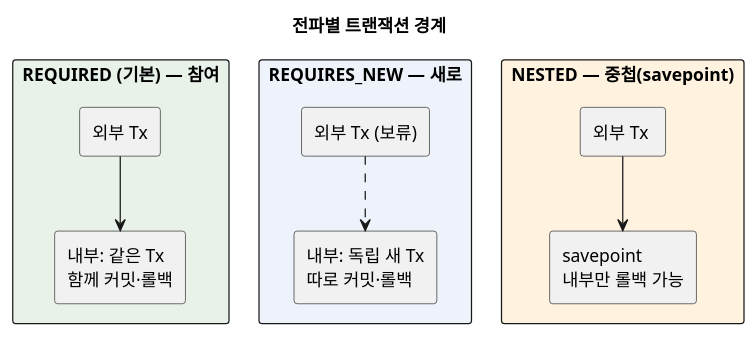
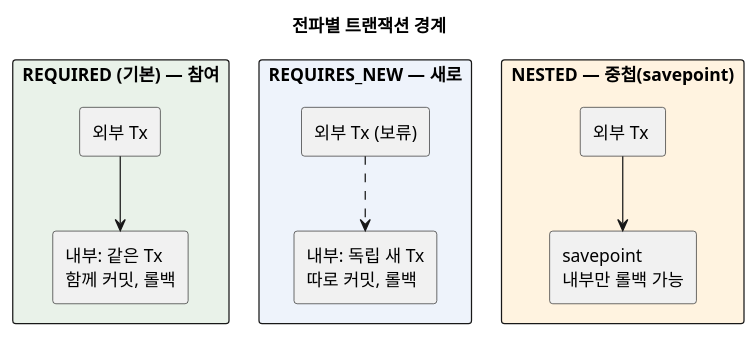
Before and after one commit to johnycho/johny-dev: the first of 3 diagrams in blog/2026-09-23-spring-transaction-propagation.mdx, drawn with PlantUML. The commit also changed other lines of this file and 188 other files, not shown here.

````diff
--- a/blog/2026-09-23-spring-transaction-propagation.mdx
+++ b/blog/2026-09-23-spring-transaction-propagation.mdx
@@ -24,20 +24,20 @@
 ```plantuml
 @startuml
 title 전파별 트랜잭션 경계
 rectangle "REQUIRED (기본) — 참여" #E9F2E9 {
   rectangle "외부 Tx" as r1
-  rectangle "내부: 같은 Tx\n함께 커밋·롤백" as r2
+  rectangle "내부: 같은 Tx\n함께 커밋, 롤백" as r2
   r1 --> r2
 }
 rectangle "REQUIRES_NEW — 새로" #EEF3FB {
   rectangle "외부 Tx (보류)" as n1
-  rectangle "내부: 독립 새 Tx\n따로 커밋·롤백" as n2
+  rectangle "내부: 독립 새 Tx\n따로 커밋, 롤백" as n2
   n1 ..> n2
 }
 rectangle "NESTED — 중첩(savepoint)" #FFF3E0 {
   rectangle "외부 Tx " as s1
   rectangle "savepoint\n내부만 롤백 가능" as s2
   s1 --> s2
 }
 @enduml
 ```
````
